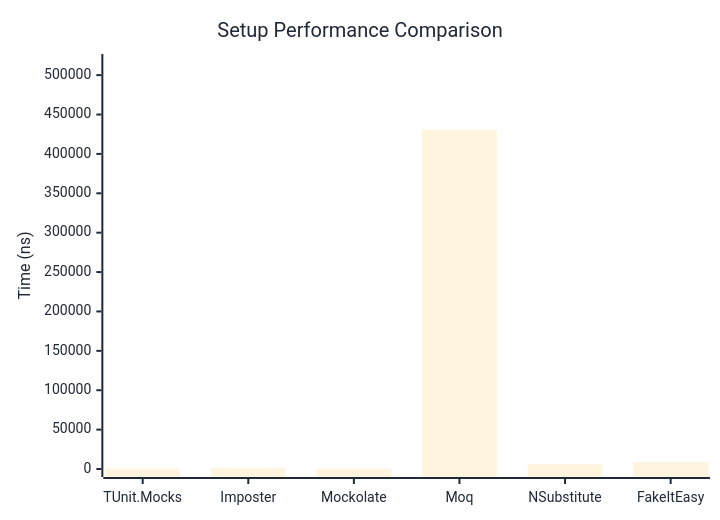
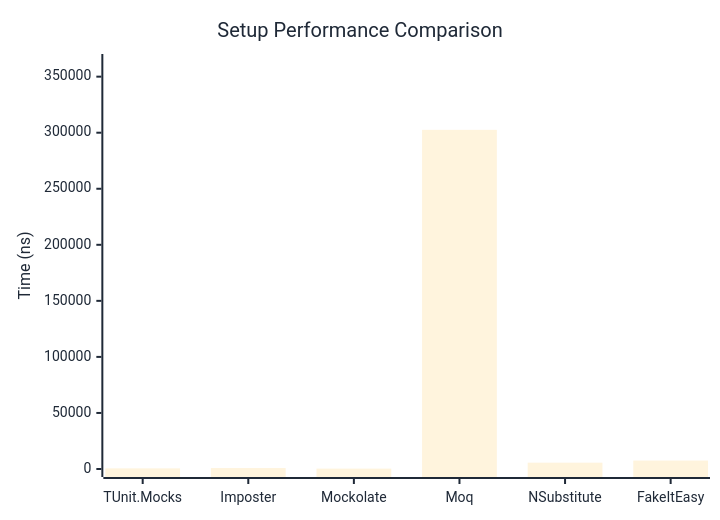
The first of 2 diagrams in docs/docs/benchmarks/mocks/Setup.md (thomhurst/TUnit), drawn with Mermaid before and after one commit. The commit also changed other lines of this file and 14 other files, not shown here.

````diff
--- a/docs/docs/benchmarks/mocks/Setup.md
+++ b/docs/docs/benchmarks/mocks/Setup.md
@@ -30,27 +30,27 @@
 ```mermaid
 %%{init: {
   'theme':'base',
   'themeVariables': {
     'primaryColor': '#2563eb',
     'primaryTextColor': '#1f2937',
     'primaryBorderColor': '#1e40af',
     'lineColor': '#6b7280',
     'secondaryColor': '#7c3aed',
     'tertiaryColor': '#dc2626',
     'background': '#ffffff',
     'pie1': '#2563eb',
     'pie2': '#7c3aed',
     'pie3': '#dc2626',
     'pie4': '#f59e0b',
     'pie5': '#10b981',
     'pie6': '#06b6d4',
     'pie7': '#ec4899',
     'pie8': '#6366f1'
   }
 }}%%
 xychart-beta
   title "Setup Performance Comparison"
   x-axis ["TUnit.Mocks", "Imposter", "Mockolate", "Moq", "NSubstitute", "FakeItEasy"]
-  y-axis "Time (ns)" 0 --> 516667
-  bar [547.6, 806.3, 326.9, 430555.5, 5827.4, 8445.5]
+  y-axis "Time (ns)" 0 --> 363072
+  bar [575, 848, 352.8, 302559.3, 5649.7, 7534.2]
 ```
````
